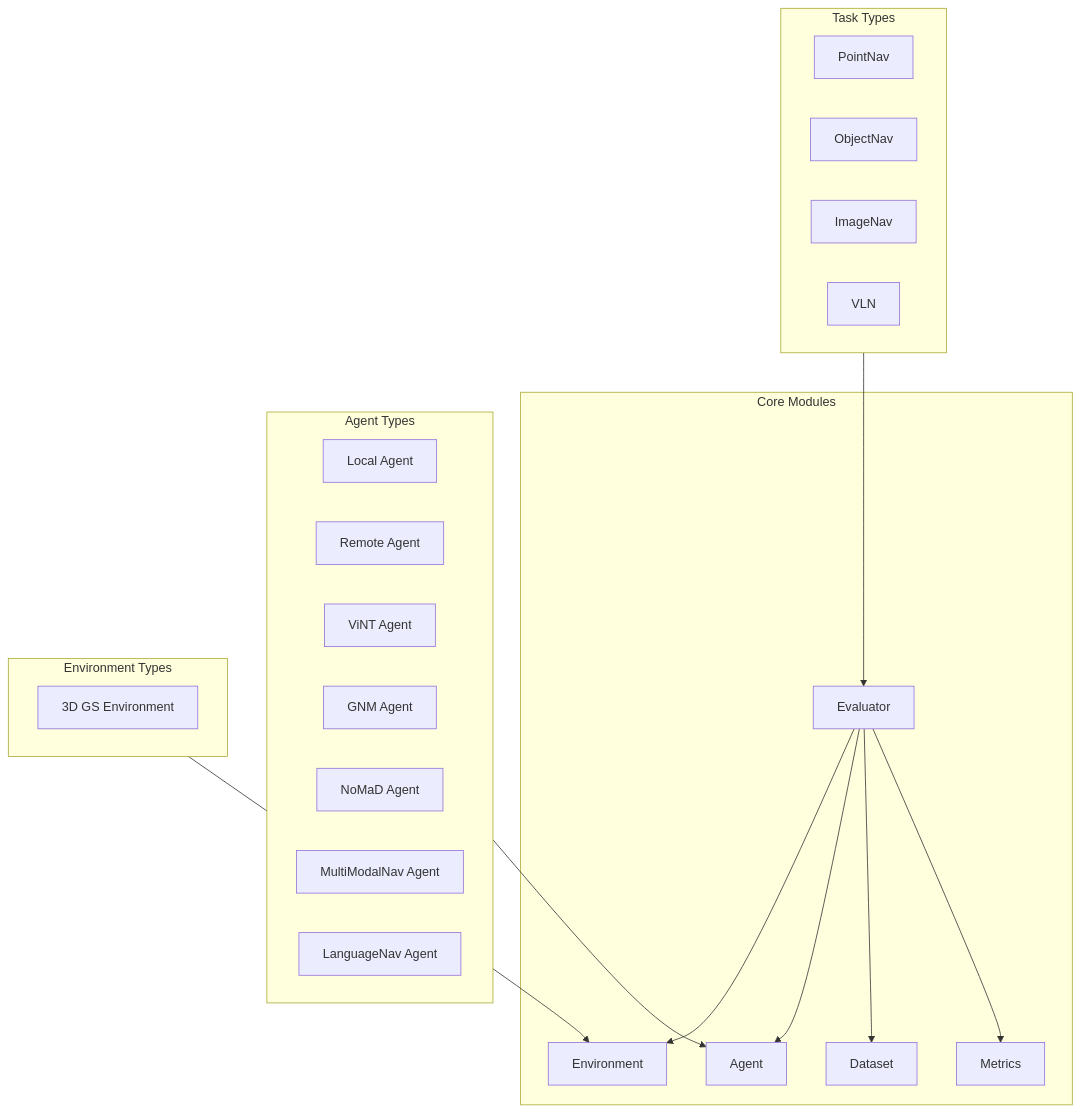
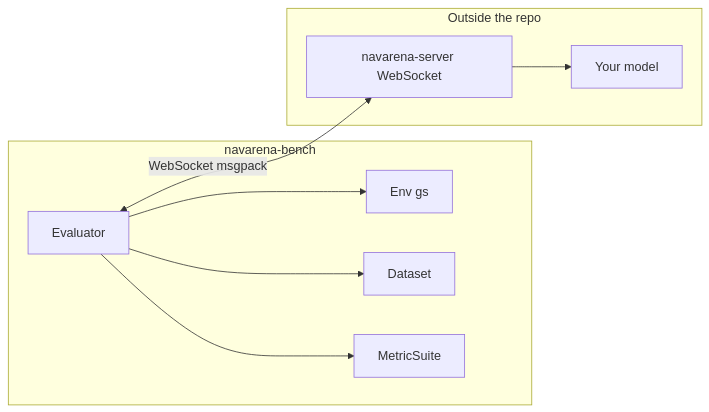
The first of 2 diagrams in docs/navarena-bench/index.md (EI-Nav/NavArena-Doc), drawn with Mermaid before and after one commit. The commit also changed other lines of this file and 28 other files, not shown here.

First line of the commit message:
docs: trim verbose content and add navarena-server SDK section

````diff
--- a/docs/navarena-bench/index.md
+++ b/docs/navarena-bench/index.md
@@ -21,40 +19,18 @@
 ```mermaid
-flowchart TB
-    subgraph Core[Core Modules]
+flowchart LR
+    subgraph Bench[navarena-bench]
         Eval[Evaluator]
-        Env[Environment]
-        Agent[Agent]
-        Dataset[Dataset]
-        Metrics[Metrics]
+        Env[Env gs]
+        DS[Dataset]
+        MS[MetricSuite]
     end
-    
-    subgraph Tasks[Task Types]
-        PN[PointNav]
-        ON[ObjectNav]
-        IN[ImageNav]
-        VLN[VLN]
+    subgraph External[Outside the repo]
+        Srv[navarena-server WebSocket]
+        Model[Your model]
     end
-    
-    subgraph Agents[Agent Types]
-        Local[Local Agent]
-        Remote[Remote Agent]
-        ViNT[ViNT Agent]
-        GNM[GNM Agent]
-        NoMaD[NoMaD Agent]
-        MultiModal[MultiModalNav Agent]
-        LangNav[LanguageNav Agent]
-    end
-    
-    subgraph Envs[Environment Types]
-        GS[3D GS Environment]
-    end
-    
     Eval --> Env
-    Eval --> Agent
-    Eval --> Dataset
-    Eval --> Metrics
-    
-    Tasks --> Eval
-    Agents --> Agent
-    Envs --> Env
+    Eval --> DS
+    Eval --> MS
+    Eval <-->|WebSocket msgpack| Srv
+    Srv --> Model
 ```
````
